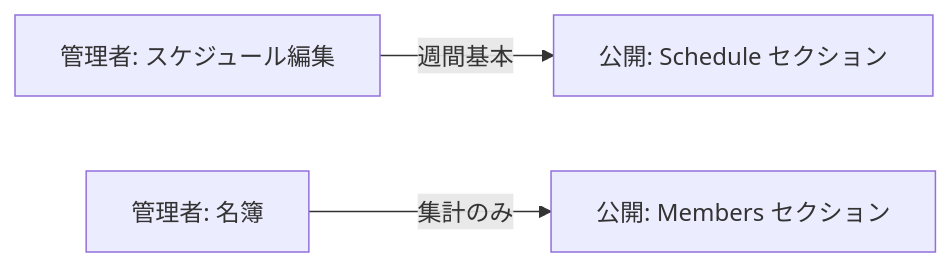
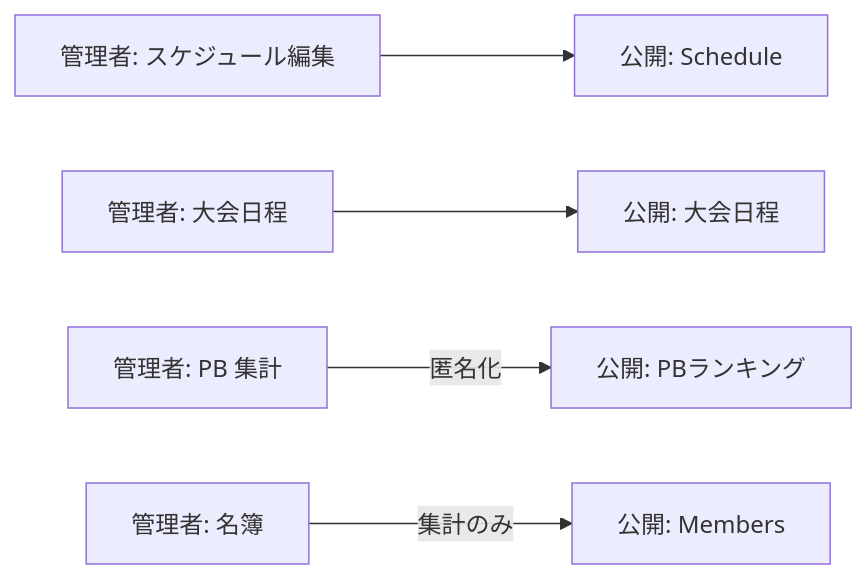
The diagram in docs/10-public-vs-internal.md (Konbu96/noda-TandF-club), drawn with Mermaid before and after one commit. The commit also changed other lines of this file and 11 other files, not shown here.

````diff
--- a/docs/10-public-vs-internal.md
+++ b/docs/10-public-vs-internal.md
@@ -25,10 +28,16 @@
 ```mermaid
 flowchart LR
   AdminSchedule["管理者: スケジュール編集"]
+  AdminComp["管理者: 大会日程"]
+  AdminPB["管理者: PB 集計"]
   AdminMembers["管理者: 名簿"]
-  PublicSchedule["公開: Schedule セクション"]
-  PublicMembers["公開: Members セクション"]
+  PublicSchedule["公開: Schedule"]
+  PublicComp["公開: 大会日程"]
+  PublicRanking["公開: PBランキング"]
+  PublicMembers["公開: Members"]
 
-  AdminSchedule -->|"週間基本"| PublicSchedule
+  AdminSchedule --> PublicSchedule
+  AdminComp --> PublicComp
+  AdminPB -->|"匿名化"| PublicRanking
   AdminMembers -->|"集計のみ"| PublicMembers
 ```
````
